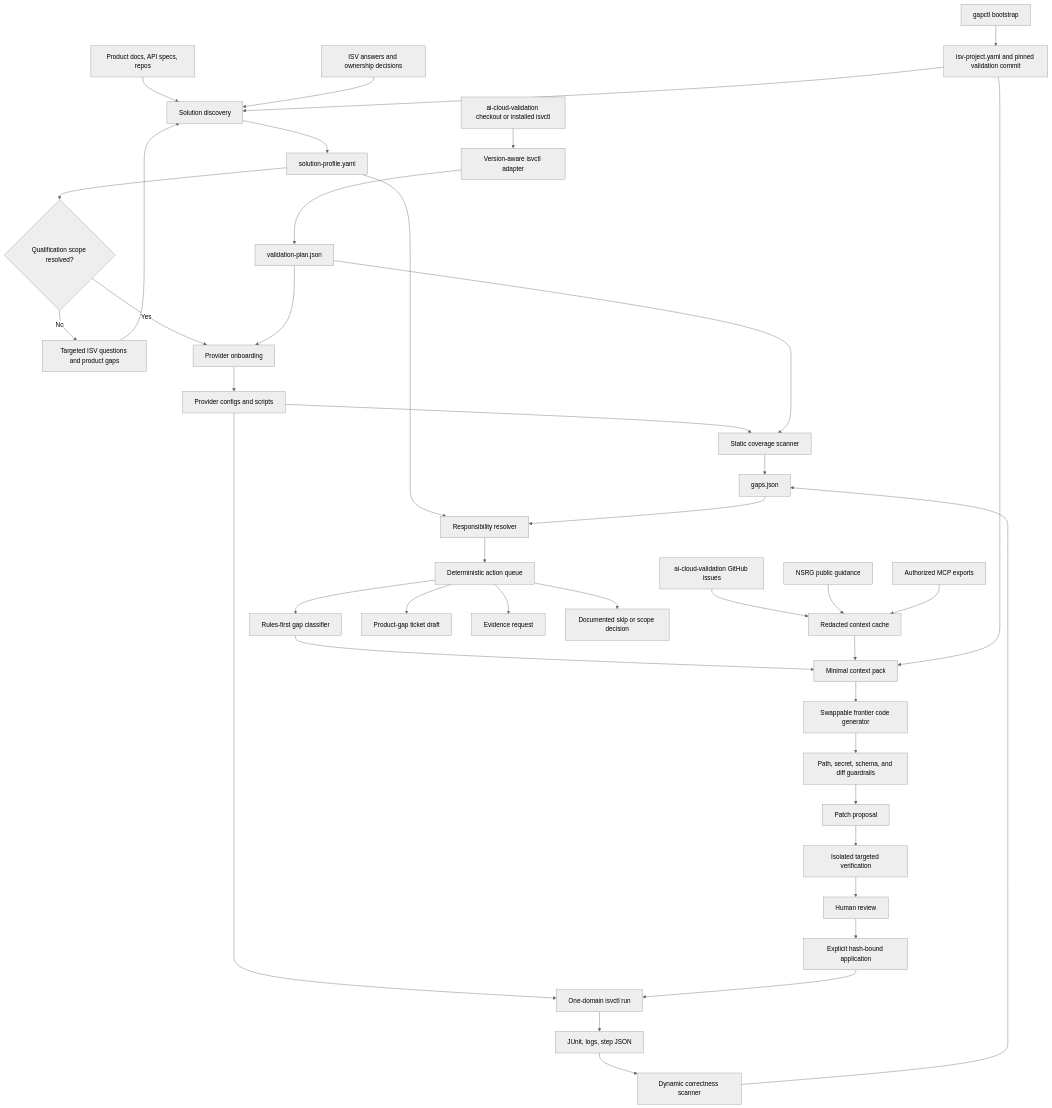
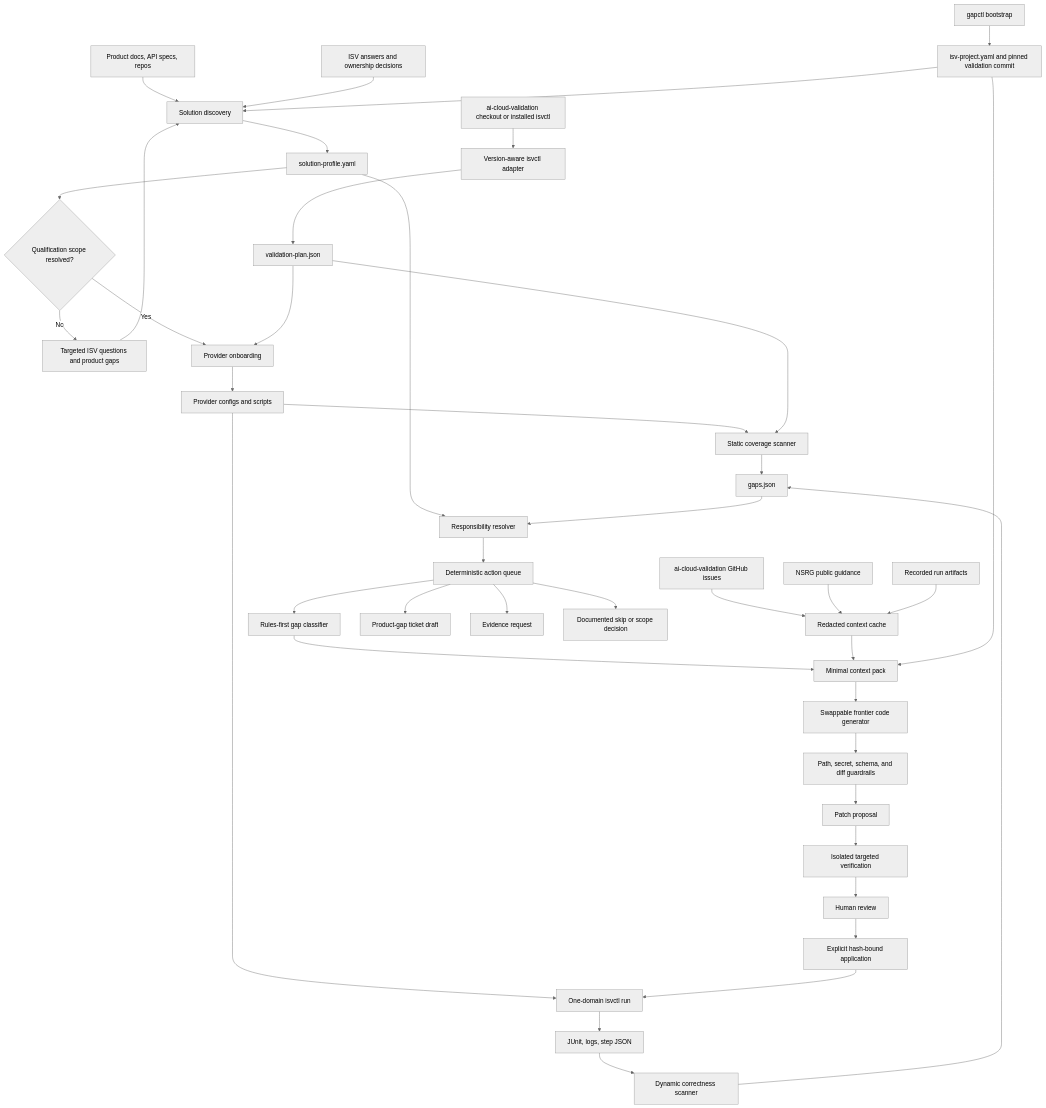
One commit to Gayatri-K26/isv-readiness changed the diagram in docs/architecture.md. Above: the diagram before and after it, drawn with Mermaid (neutral theme). The commit also changed other lines of this file and 3 other files, not shown here.

First line of the commit message:
docs: update AGENTS rules, README workflow, architecture, and SLOP

````diff
--- a/docs/architecture.md
+++ b/docs/architecture.md
@@ -14,50 +14,50 @@
 ```mermaid
 flowchart TD
     Bootstrap[gapctl bootstrap] --> Project[isv-project.yaml and pinned validation commit]
     Docs[Product docs, API specs, repos] --> ProfileBuilder[Solution discovery]
     Issues[ai-cloud-validation GitHub issues] --> ContextCache[Redacted context cache]
     NSRG[NSRG public guidance] --> ContextCache
-    MCP[Authorized MCP exports] --> ContextCache
+    Runs[Recorded run artifacts] --> ContextCache
     ISV[ISV answers and ownership decisions] --> ProfileBuilder
     Project --> ProfileBuilder
     ProfileBuilder --> Profile[solution-profile.yaml]
 
     ACV[ai-cloud-validation checkout or installed isvctl] --> Adapter[Version-aware isvctl adapter]
     Adapter --> Plan[validation-plan.json]
 
     Profile --> Gate{Qualification scope resolved?}
     Gate -->|No| Questions[Targeted ISV questions and product gaps]
     Questions --> ProfileBuilder
     Gate -->|Yes| Onboard[Provider onboarding]
     Plan --> Onboard
     Onboard --> Provider[Provider configs and scripts]
 
     Provider --> Static[Static coverage scanner]
     Plan --> Static
     Static --> Gaps[gaps.json]
 
     Provider --> Run[One-domain isvctl run]
     Run --> Artifacts[JUnit, logs, step JSON]
     Artifacts --> Dynamic[Dynamic correctness scanner]
     Dynamic --> Gaps
 
     Profile --> Resolver[Responsibility resolver]
     Gaps --> Resolver
     Resolver --> Actions[Deterministic action queue]
 
     Actions --> Classifier[Rules-first gap classifier]
     Classifier --> Context[Minimal context pack]
     ContextCache --> Context
     Project --> Context
     Context --> Generator[Swappable frontier code generator]
     Generator --> Guardrail[Path, secret, schema, and diff guardrails]
     Guardrail --> Patch[Patch proposal]
     Patch --> Verify[Isolated targeted verification]
     Verify --> Human[Human review]
     Human --> Apply[Explicit hash-bound application]
     Apply --> Run
 
     Actions --> Ticket[Product-gap ticket draft]
     Actions --> Evidence[Evidence request]
     Actions --> Skip[Documented skip or scope decision]
 ```
````
